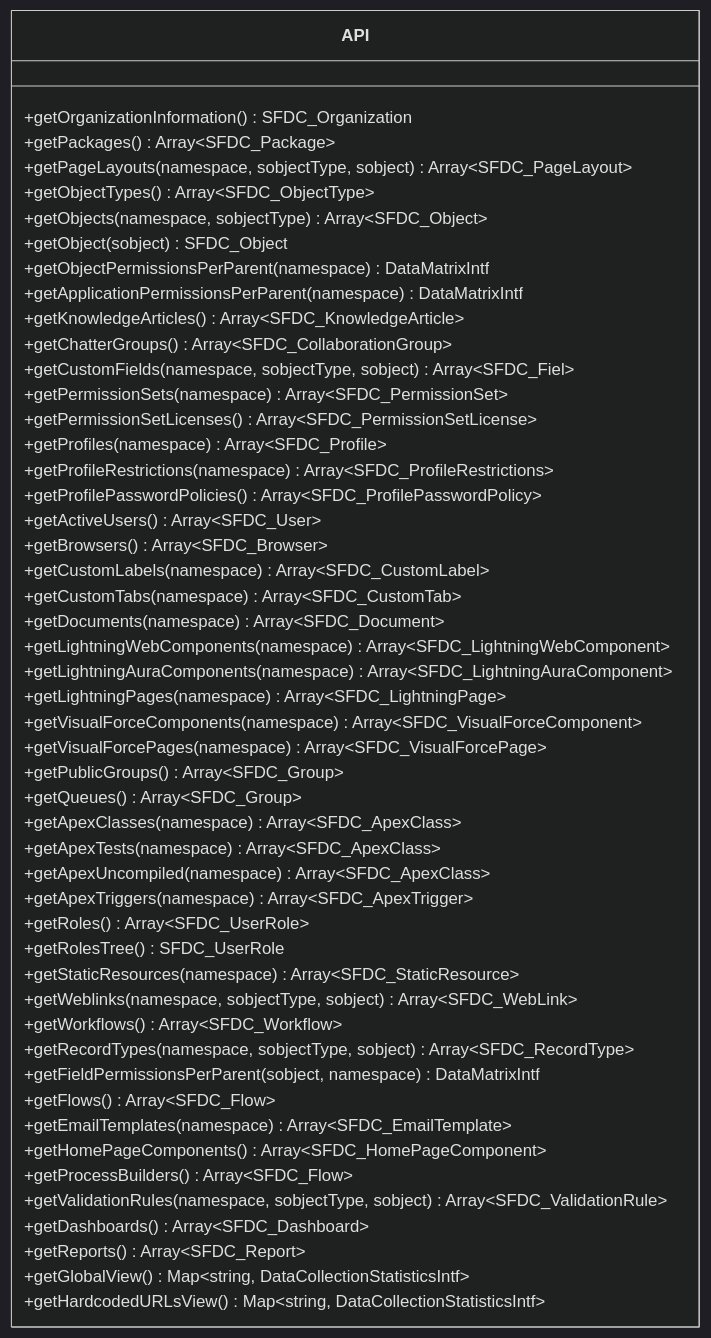
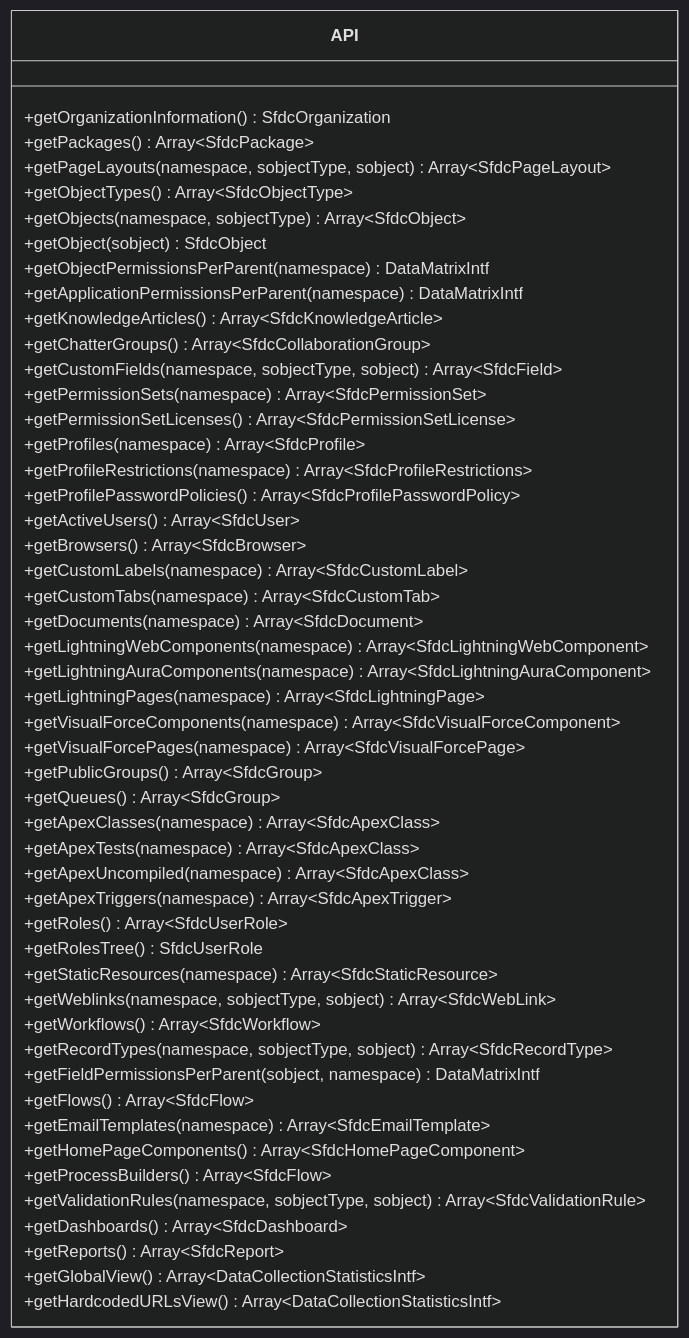
One commit to SalesforceLabs/OrgCheck changed the third of 3 diagrams in docs/index8.classdiagram.md. Above: the diagram before and after it, drawn with Mermaid (dark theme). The commit also changed other lines of this file and 202 other files, not shown here.

````diff
--- a/docs/index8.classdiagram.md
+++ b/docs/index8.classdiagram.md
@@ -118,53 +122,53 @@
 ```mermaid
 classDiagram
     class API {
-        +getOrganizationInformation() SFDC_Organization
-        +getPackages() Array~SFDC_Package~
-        +getPageLayouts(namespace, sobjectType, sobject) Array~SFDC_PageLayout~
-        +getObjectTypes() Array~SFDC_ObjectType~
-        +getObjects(namespace, sobjectType) Array~SFDC_Object~
-        +getObject(sobject) SFDC_Object
+        +getOrganizationInformation() SfdcOrganization
+        +getPackages() Array~SfdcPackage~
+        +getPageLayouts(namespace, sobjectType, sobject) Array~SfdcPageLayout~
+        +getObjectTypes() Array~SfdcObjectType~
+        +getObjects(namespace, sobjectType) Array~SfdcObject~
+        +getObject(sobject) SfdcObject
         +getObjectPermissionsPerParent(namespace) DataMatrixIntf
         +getApplicationPermissionsPerParent(namespace) DataMatrixIntf
-        +getKnowledgeArticles() Array~SFDC_KnowledgeArticle~
-        +getChatterGroups() Array~SFDC_CollaborationGroup~
-        +getCustomFields(namespace, sobjectType, sobject) Array~SFDC_Fiel~
-        +getPermissionSets(namespace) Array~SFDC_PermissionSet~
-        +getPermissionSetLicenses() Array~SFDC_PermissionSetLicense~
-        +getProfiles(namespace) Array~SFDC_Profile~
-        +getProfileRestrictions(namespace) Array~SFDC_ProfileRestrictions~
-        +getProfilePasswordPolicies() Array~SFDC_ProfilePasswordPolicy~
-        +getActiveUsers() Array~SFDC_User~
-        +getBrowsers() Array~SFDC_Browser~
-        +getCustomLabels(namespace) Array~SFDC_CustomLabel~
-        +getCustomTabs(namespace) Array~SFDC_CustomTab~
-        +getDocuments(namespace) Array~SFDC_Document~
-        +getLightningWebComponents(namespace) Array~SFDC_LightningWebComponent~
-        +getLightningAuraComponents(namespace) Array~SFDC_LightningAuraComponent~
-        +getLightningPages(namespace) Array~SFDC_LightningPage~
-        +getVisualForceComponents(namespace) Array~SFDC_VisualForceComponent~
-        +getVisualForcePages(namespace) Array~SFDC_VisualForcePage~
-        +getPublicGroups() Array~SFDC_Group~
-        +getQueues() Array~SFDC_Group~
-        +getApexClasses(namespace) Array~SFDC_ApexClass~
-        +getApexTests(namespace) Array~SFDC_ApexClass~
-        +getApexUncompiled(namespace) Array~SFDC_ApexClass~
-        +getApexTriggers(namespace) Array~SFDC_ApexTrigger~
-        +getRoles() Array~SFDC_UserRole~
-        +getRolesTree() SFDC_UserRole
-        +getStaticResources(namespace) Array~SFDC_StaticResource~
-        +getWeblinks(namespace, sobjectType, sobject) Array~SFDC_WebLink~
-        +getWorkflows() Array~SFDC_Workflow~
-        +getRecordTypes(namespace, sobjectType, sobject) Array~SFDC_RecordType~
+        +getKnowledgeArticles() Array~SfdcKnowledgeArticle~
+        +getChatterGroups() Array~SfdcCollaborationGroup~
+        +getCustomFields(namespace, sobjectType, sobject) Array~SfdcField~
+        +getPermissionSets(namespace) Array~SfdcPermissionSet~
+        +getPermissionSetLicenses() Array~SfdcPermissionSetLicense~
+        +getProfiles(namespace) Array~SfdcProfile~
+        +getProfileRestrictions(namespace) Array~SfdcProfileRestrictions~
+        +getProfilePasswordPolicies() Array~SfdcProfilePasswordPolicy~
+        +getActiveUsers() Array~SfdcUser~
+        +getBrowsers() Array~SfdcBrowser~
+        +getCustomLabels(namespace) Array~SfdcCustomLabel~
+        +getCustomTabs(namespace) Array~SfdcCustomTab~
+        +getDocuments(namespace) Array~SfdcDocument~
+        +getLightningWebComponents(namespace) Array~SfdcLightningWebComponent~
+        +getLightningAuraComponents(namespace) Array~SfdcLightningAuraComponent~
+        +getLightningPages(namespace) Array~SfdcLightningPage~
+        +getVisualForceComponents(namespace) Array~SfdcVisualForceComponent~
+        +getVisualForcePages(namespace) Array~SfdcVisualForcePage~
+        +getPublicGroups() Array~SfdcGroup~
+        +getQueues() Array~SfdcGroup~
+        +getApexClasses(namespace) Array~SfdcApexClass~
+        +getApexTests(namespace) Array~SfdcApexClass~
+        +getApexUncompiled(namespace) Array~SfdcApexClass~
+        +getApexTriggers(namespace) Array~SfdcApexTrigger~
+        +getRoles() Array~SfdcUserRole~
+        +getRolesTree() SfdcUserRole
+        +getStaticResources(namespace) Array~SfdcStaticResource~
+        +getWeblinks(namespace, sobjectType, sobject) Array~SfdcWebLink~
+        +getWorkflows() Array~SfdcWorkflow~
+        +getRecordTypes(namespace, sobjectType, sobject) Array~SfdcRecordType~
         +getFieldPermissionsPerParent(sobject, namespace) DataMatrixIntf
-        +getFlows() Array~SFDC_Flow~
-        +getEmailTemplates(namespace) Array~SFDC_EmailTemplate~
-        +getHomePageComponents() Array~SFDC_HomePageComponent~
-        +getProcessBuilders() Array~SFDC_Flow~
-        +getValidationRules(namespace, sobjectType, sobject) Array~SFDC_ValidationRule~
-        +getDashboards() Array~SFDC_Dashboard~
-        +getReports() Array~SFDC_Report~
-        +getGlobalView() Map~string, DataCollectionStatisticsIntf~
-        +getHardcodedURLsView() Map~string, DataCollectionStatisticsIntf~
+        +getFlows() Array~SfdcFlow~
+        +getEmailTemplates(namespace) Array~SfdcEmailTemplate~
+        +getHomePageComponents() Array~SfdcHomePageComponent~
+        +getProcessBuilders() Array~SfdcFlow~
+        +getValidationRules(namespace, sobjectType, sobject) Array~SfdcValidationRule~
+        +getDashboards() Array~SfdcDashboard~
+        +getReports() Array~SfdcReport~
+        +getGlobalView() Array~DataCollectionStatisticsIntf~
+        +getHardcodedURLsView() Array~DataCollectionStatisticsIntf~
 }
 ```
````
